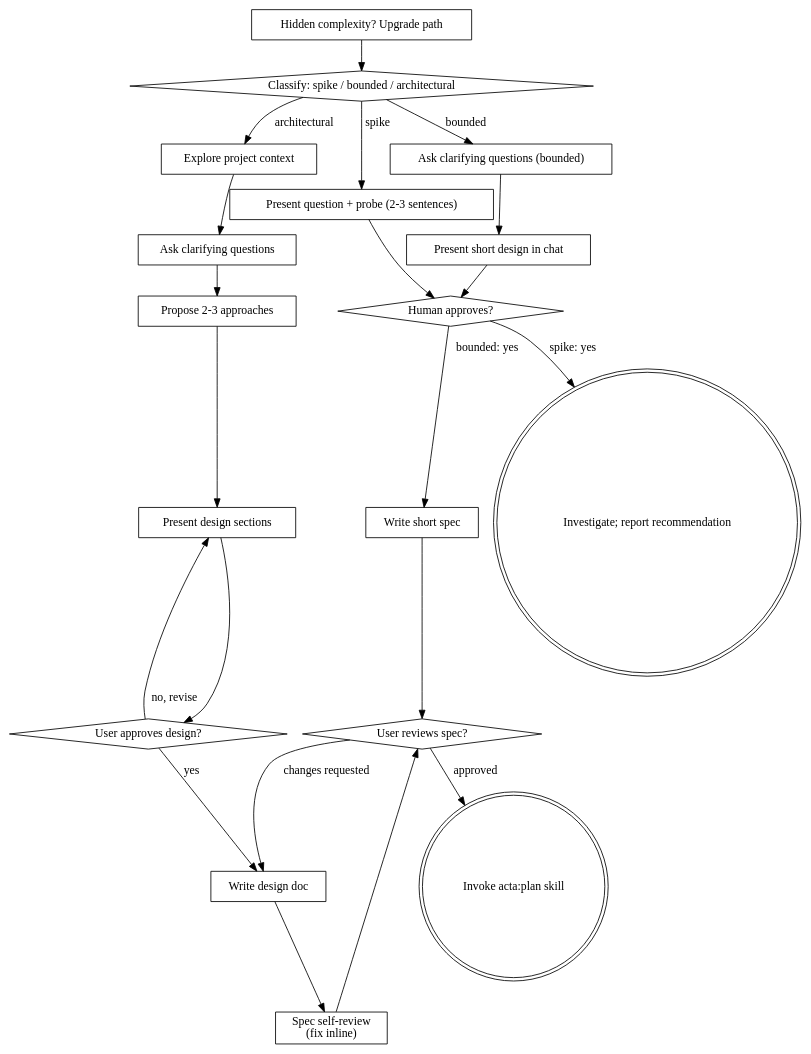
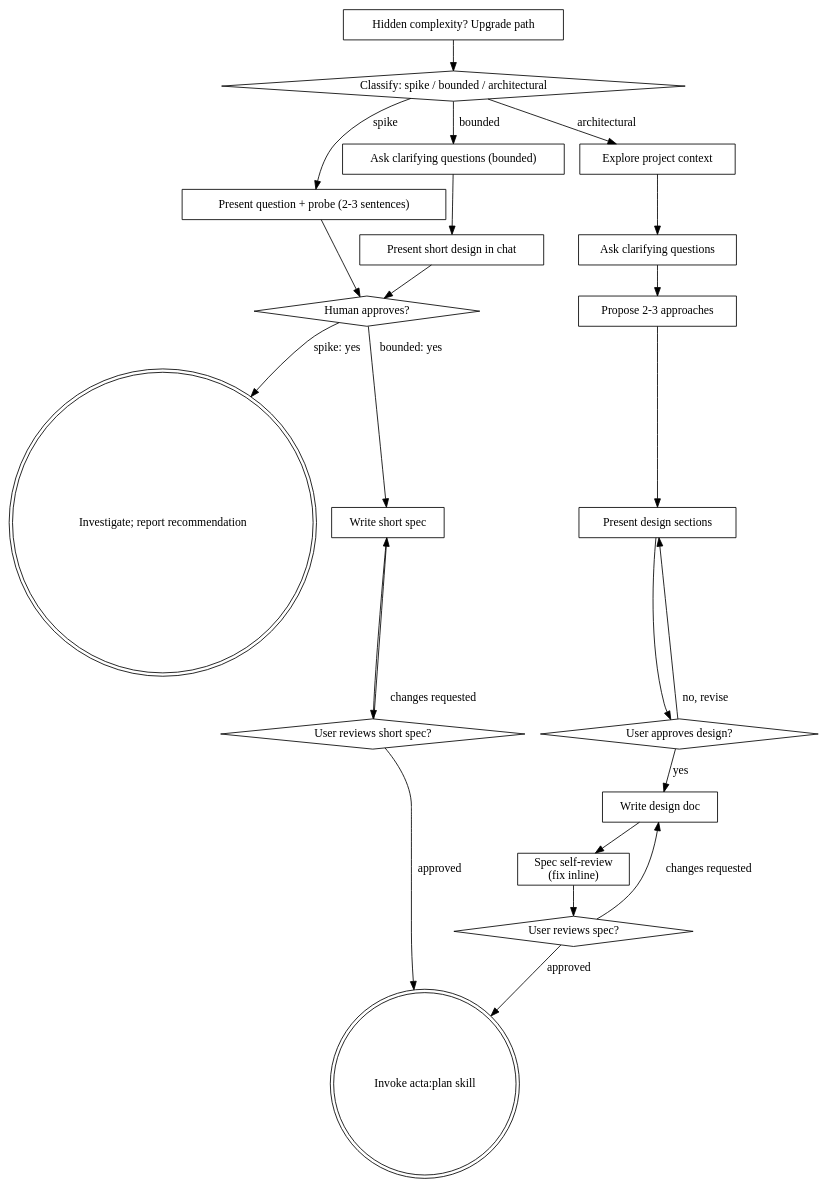
One commit to iyay/acta changed the diagram in plugin/skills/brainstorm/SKILL.md. Above: the diagram before and after it, drawn with Graphviz. The commit also changed 5 other files, not shown here.

Commit message:
fix(plugin): land checks the main checkout, bounded review loops to the short spec, fix brief has no range

````diff
--- a/plugin/skills/brainstorm/SKILL.md
+++ b/plugin/skills/brainstorm/SKILL.md
@@ -147,42 +147,45 @@
 ```dot
 digraph brainstorming {
     "Classify: spike / bounded / architectural" [shape=diamond];
     "Present question + probe (2-3 sentences)" [shape=box];
     "Ask clarifying questions (bounded)" [shape=box];
     "Present short design in chat" [shape=box];
     "Human approves?" [shape=diamond];
     "Investigate; report recommendation" [shape=doublecircle];
     "Write short spec" [shape=box];
     "Explore project context" [shape=box];
     "Ask clarifying questions" [shape=box];
     "Propose 2-3 approaches" [shape=box];
     "Present design sections" [shape=box];
     "User approves design?" [shape=diamond];
     "Write design doc" [shape=box];
     "Spec self-review\n(fix inline)" [shape=box];
     "User reviews spec?" [shape=diamond];
+    "User reviews short spec?" [shape=diamond];
     "Invoke acta:plan skill" [shape=doublecircle];
     "Hidden complexity? Upgrade path" [shape=box];
 
     "Classify: spike / bounded / architectural" -> "Present question + probe (2-3 sentences)" [label="spike"];
     "Classify: spike / bounded / architectural" -> "Ask clarifying questions (bounded)" [label="bounded"];
     "Classify: spike / bounded / architectural" -> "Explore project context" [label="architectural"];
     "Present question + probe (2-3 sentences)" -> "Human approves?";
     "Ask clarifying questions (bounded)" -> "Present short design in chat";
     "Present short design in chat" -> "Human approves?";
     "Human approves?" -> "Investigate; report recommendation" [label="spike: yes"];
     "Human approves?" -> "Write short spec" [label="bounded: yes"];
-    "Write short spec" -> "User reviews spec?";
+    "Write short spec" -> "User reviews short spec?";
     "Hidden complexity? Upgrade path" -> "Classify: spike / bounded / architectural";
     "Explore project context" -> "Ask clarifying questions";
     "Ask clarifying questions" -> "Propose 2-3 approaches";
     "Propose 2-3 approaches" -> "Present design sections";
     "Present design sections" -> "User approves design?";
     "User approves design?" -> "Present design sections" [label="no, revise"];
     "User approves design?" -> "Write design doc" [label="yes"];
     "Write design doc" -> "Spec self-review\n(fix inline)";
     "Spec self-review\n(fix inline)" -> "User reviews spec?";
     "User reviews spec?" -> "Write design doc" [label="changes requested"];
     "User reviews spec?" -> "Invoke acta:plan skill" [label="approved"];
+    "User reviews short spec?" -> "Write short spec" [label="changes requested"];
+    "User reviews short spec?" -> "Invoke acta:plan skill" [label="approved"];
 }
 ```
````
